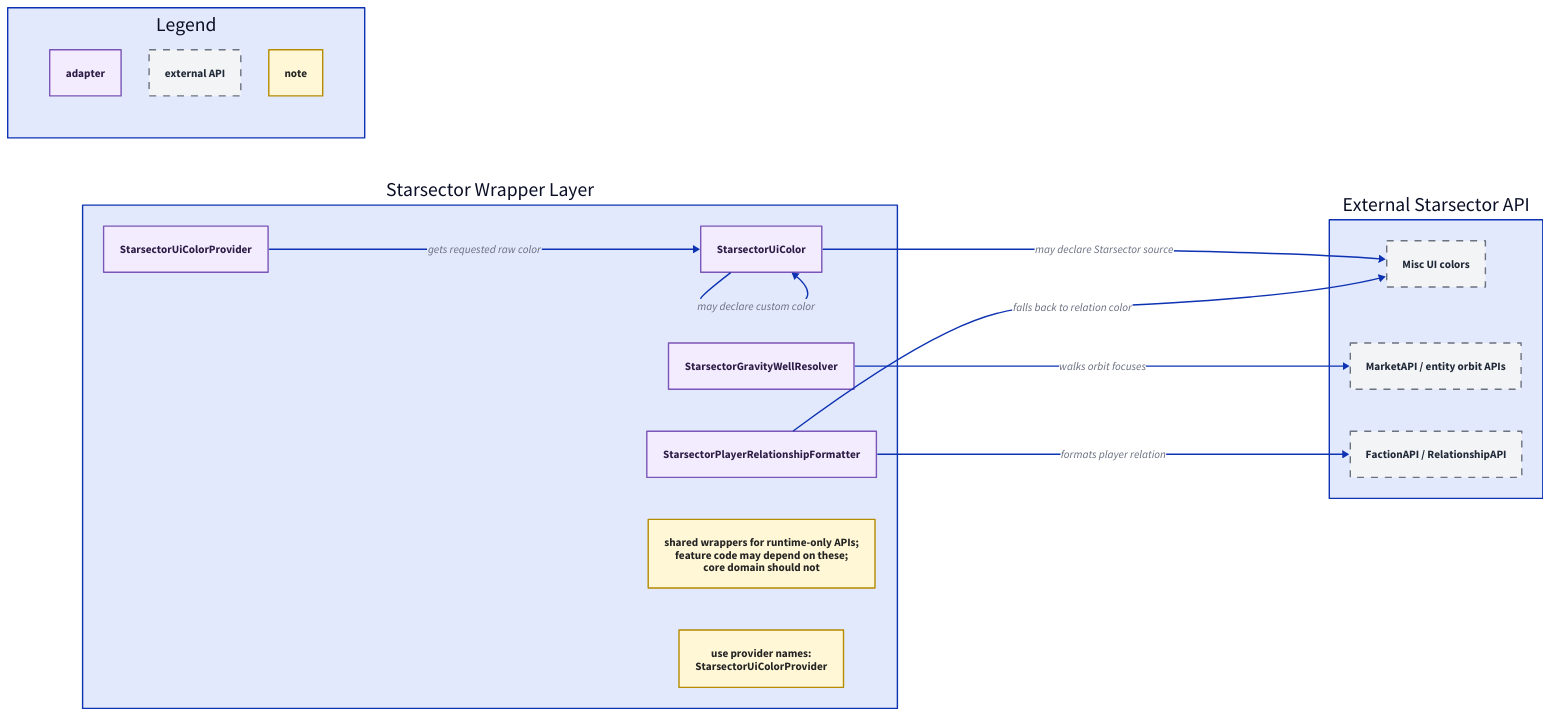
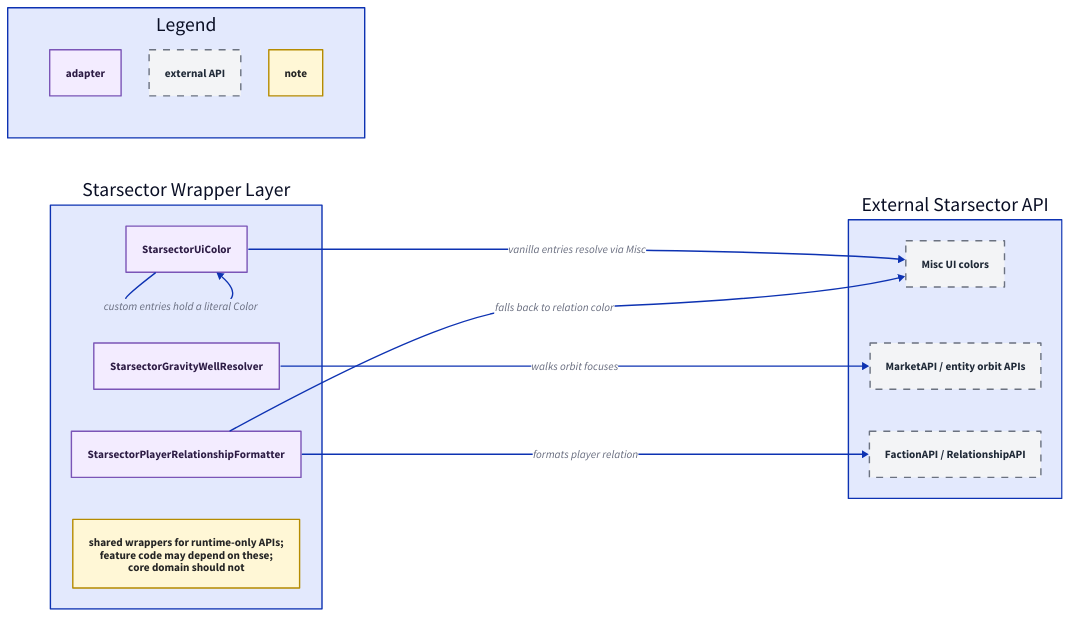
The diagram in src/main/java/kmu/starsector/starsector.d2 (Klark-Morrigan/Starsector-Mod-KMU), drawn with D2 before and after one commit. The commit also changed 8 other files, not shown here.

```diff
--- a/src/main/java/kmu/starsector/starsector.d2
+++ b/src/main/java/kmu/starsector/starsector.d2
@@ -1,59 +1,56 @@
 # Style conventions: see ../DIAGRAMS.md
 
 direction: right
 
 classes: {
   note: {
     style: {
       fill: "#fff7d6"
       stroke: "#b58b00"
       font-color: "#242424"
     }
   }
   adapter: {
     style: {
       fill: "#f3ecff"
       stroke: "#7b55b7"
       font-color: "#2d1c45"
     }
   }
   external: {
     style: {
       fill: "#f3f4f6"
       stroke: "#6b7280"
       font-color: "#1f2937"
       stroke-dash: 5
     }
   }
 }
 
 Legend: {
   grid-rows: 1
   L_adapter: "adapter" {class: adapter}
   L_external: "external API" {class: external}
   L_note: "note" {class: note}
 }
 
 WrapperLayer: "Starsector Wrapper Layer" {
   direction: down
-  UiColors: "StarsectorUiColorProvider" {class: adapter}
   UiColor: "StarsectorUiColor" {class: adapter}
   GravityWell: "StarsectorGravityWellResolver" {class: adapter}
   Relationship: "StarsectorPlayerRelationshipFormatter" {class: adapter}
   ScopeNote: "shared wrappers for runtime-only APIs;\nfeature code may depend on these;\ncore domain should not" {class: note}
-  NamingNote: "use provider names:\nStarsectorUiColorProvider" {class: note}
 }
 
 External: "External Starsector API" {
   direction: down
   Misc: "Misc UI colors" {class: external}
   Market: "MarketAPI / entity orbit APIs" {class: external}
   Faction: "FactionAPI / RelationshipAPI" {class: external}
 }
 
-WrapperLayer.UiColors -> WrapperLayer.UiColor: "gets requested raw color"
-WrapperLayer.UiColor -> External.Misc: "may declare Starsector source"
-WrapperLayer.UiColor -> WrapperLayer.UiColor: "may declare custom color"
+WrapperLayer.UiColor -> External.Misc: "vanilla entries resolve via Misc"
+WrapperLayer.UiColor -> WrapperLayer.UiColor: "custom entries hold a literal Color"
 WrapperLayer.GravityWell -> External.Market: "walks orbit focuses"
 WrapperLayer.Relationship -> External.Faction: "formats player relation"
 WrapperLayer.Relationship -> External.Misc: "falls back to relation color"
```
